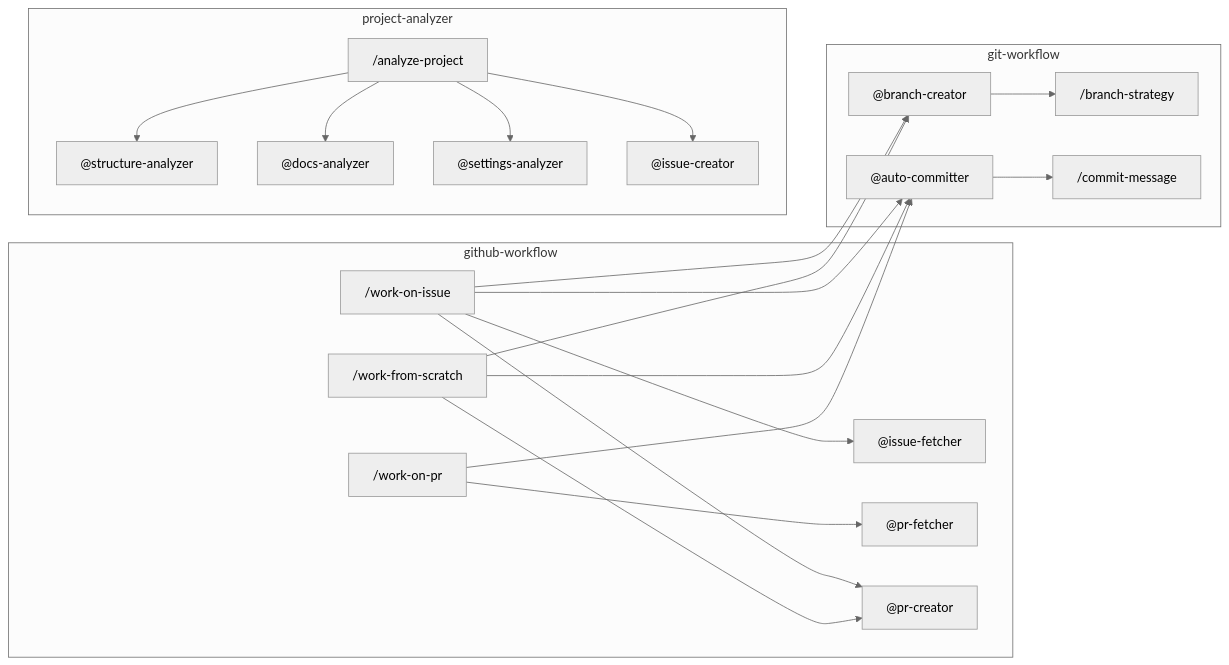
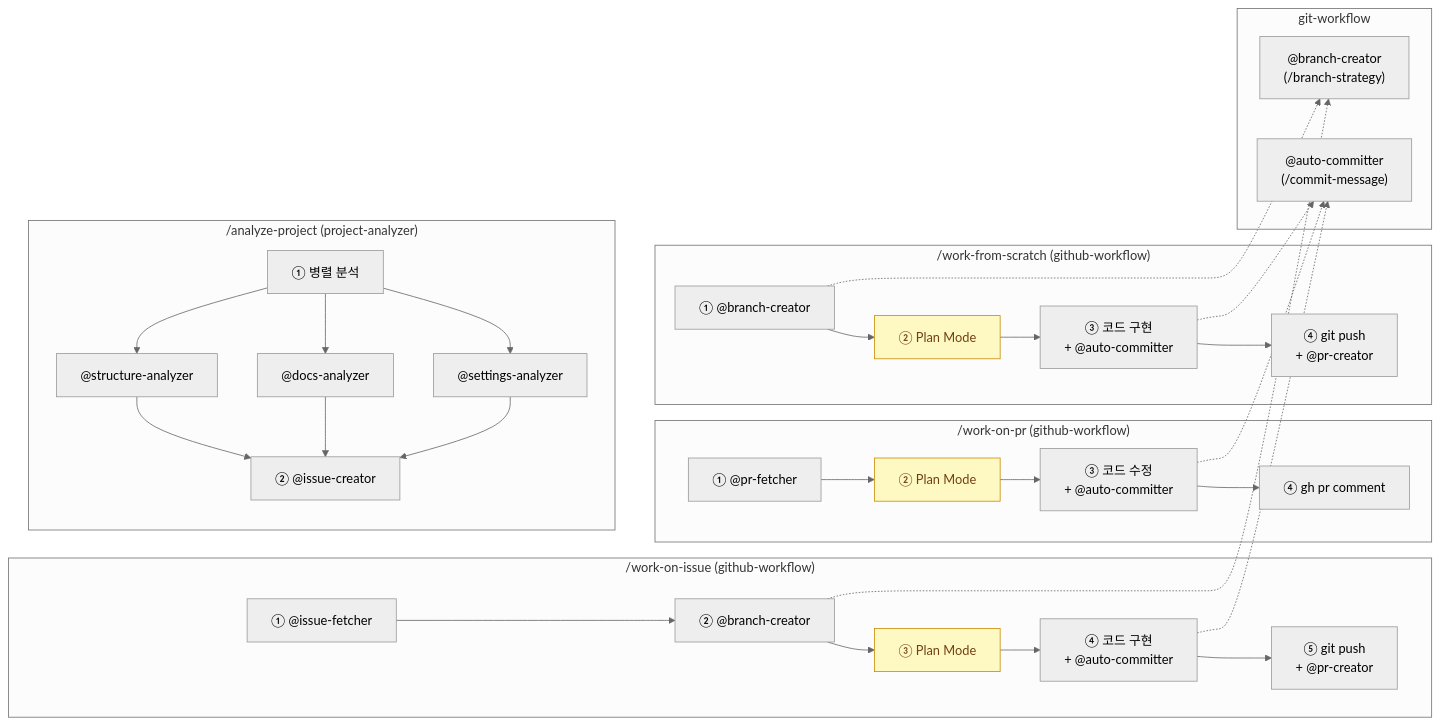
One commit to iamhoonse-dev/hoonse-claude-plugins changed the second of 2 diagrams in README.md. Above: the diagram before and after it, drawn with Mermaid (neutral theme). The commit also changed other lines of this file, not shown here.

Commit message:
docs(readme): 핵심 워크플로우 Mermaid 차트를 단계별 순차 흐름으로 재설계
기존 의존 관계 중심의 플랫 그래프를 각 오케스트레이션 스킬별 subgraph로 분리하고,
Plan Mode 포함 단계별 실행 순서가 시각적으로 드러나는 순차 체인 형태로 변경

````diff
--- a/README.md
+++ b/README.md
@@ -42,42 +42,33 @@
 ```mermaid
 graph LR
-    subgraph github-workflow
-        WOI["/work-on-issue"]
-        WFS["/work-from-scratch"]
-        WOP["/work-on-pr"]
-        IF["@issue-fetcher"]
-        PRF["@pr-fetcher"]
-        PRC["@pr-creator"]
+    subgraph WOI ["/work-on-issue  (github-workflow)"]
+        WOI1["① @issue-fetcher"] --> WOI2["② @branch-creator"] --> WOI3["③ Plan Mode"] --> WOI4["④ 코드 구현<br/>+ @auto-committer"] --> WOI5["⑤ git push<br/>+ @pr-creator"]
     end
 
-    subgraph git-workflow
-        BC["@branch-creator"]
-        AC["@auto-committer"]
-        BS["/branch-strategy"]
-        CM["/commit-message"]
+    subgraph WOP ["/work-on-pr  (github-workflow)"]
+        WOP1["① @pr-fetcher"] --> WOP2["② Plan Mode"] --> WOP3["③ 코드 수정<br/>+ @auto-committer"] --> WOP4["④ gh pr comment"]
     end
 
-    subgraph project-analyzer
-        AP["/analyze-project"]
-        SA["@structure-analyzer"]
-        DA["@docs-analyzer"]
-        SEA["@settings-analyzer"]
-        IC["@issue-creator"]
+    subgraph WFS ["/work-from-scratch  (github-workflow)"]
+        WFS1["① @branch-creator"] --> WFS2["② Plan Mode"] --> WFS3["③ 코드 구현<br/>+ @auto-committer"] --> WFS4["④ git push<br/>+ @pr-creator"]
     end
 
-    WOI --> IF
-    WOI --> BC
-    WOI --> AC
-    WOI --> PRC
-    WFS --> BC
-    WFS --> AC
-    WFS --> PRC
-    WOP --> PRF
-    WOP --> AC
-    AP --> SA
-    AP --> DA
-    AP --> SEA
-    AP --> IC
-    BC --> BS
-    AC --> CM
+    subgraph ANAP ["/analyze-project  (project-analyzer)"]
+        ANAP1["① 병렬 분석"] --> ANA1["@structure-analyzer"] & ANA2["@docs-analyzer"] & ANA3["@settings-analyzer"]
+        ANA1 & ANA2 & ANA3 --> ANA4["② @issue-creator"]
+    end
+
+    subgraph GW [git-workflow]
+        BC["@branch-creator<br/>(/branch-strategy)"]
+        AC["@auto-committer<br/>(/commit-message)"]
+    end
+
+    WOI2 -.-> BC
+    WOI4 -.-> AC
+    WFS1 -.-> BC
+    WFS3 -.-> AC
+    WOP3 -.-> AC
+
+    classDef plan fill:#fef9c3,stroke:#ca8a04,color:#713f12
+    class WOI3,WFS2,WOP2 plan
 ```
````
